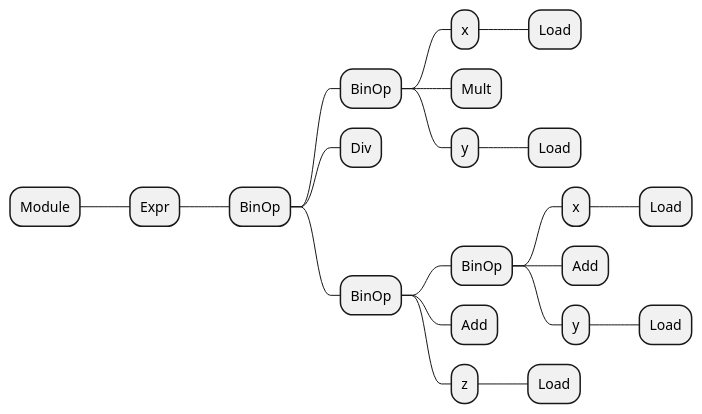
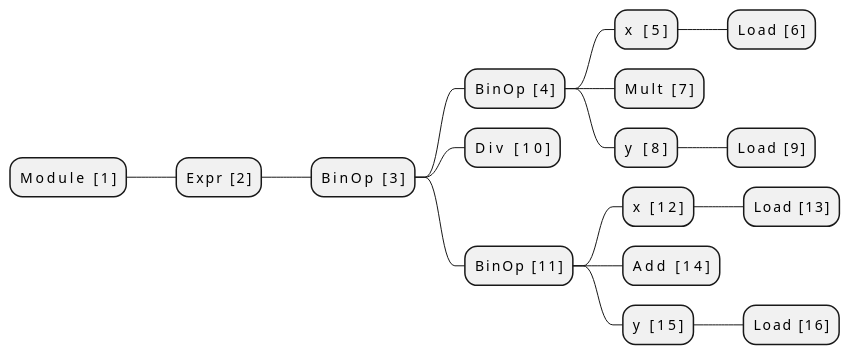
The diagram in plantUML/ast_formula_999.puml (butayama/bivarcontours), drawn with PlantUML before and after one commit. The commit also changed 10 other files, not shown here.

Commit message:
feat: formula_ast_dim.py, formula_ast_to_csv.py docs: formula_ast_dim_basic_flowchart.puml, ast_formula_999.puml

```diff
--- a/plantUML/ast_formula_999.puml
+++ b/plantUML/ast_formula_999.puml
@@ -1,22 +1,18 @@
 @startmindmap
-* Module
-** Expr
-*** BinOp
-**** BinOp
-***** x
-****** Load
-***** Mult
-***** y
-****** Load
-**** Div
-**** BinOp
-***** BinOp
-****** x
-******* Load
-****** Add
-****** y
-******* Load
-***** Add
-***** z
-****** Load
+* Module        [1]
+** Expr     [2]
+*** BinOp       [3]
+**** BinOp      [4]
+***** x     [5]
+****** Load     [6]
+***** Mult      [7]
+***** y     [8]
+****** Load     [9]
+**** Div        [10]
+**** BinOp      [11]
+***** x     [12]
+****** Load     [13]
+***** Add       [14]
+***** y     [15]
+****** Load     [16]
 @endmindmap
```
